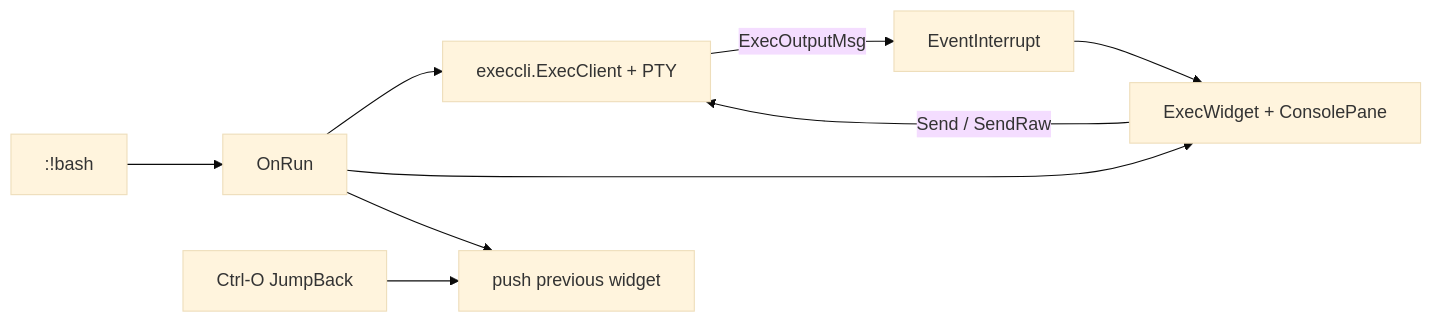
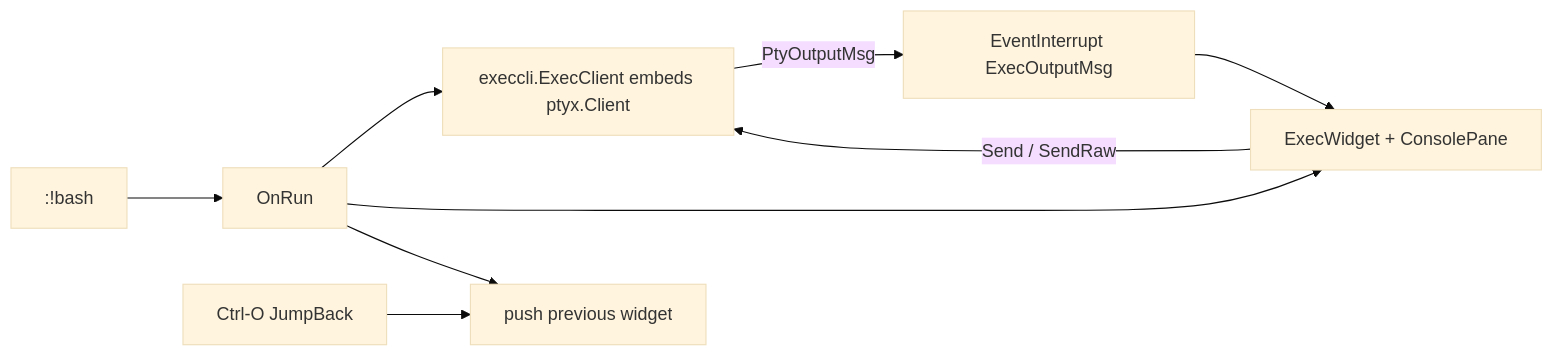
Before and after one commit to yairgd/gdbforge: the diagram in docs/EXEC_SHELL.md, drawn with Mermaid (base theme). The commit also changed other lines of this file and 35 other files, not shown here.

````diff
--- a/docs/EXEC_SHELL.md
+++ b/docs/EXEC_SHELL.md
@@ -26,11 +26,11 @@
 ```mermaid
 flowchart LR
   Cmd[":!bash"] --> OnRun
-  OnRun --> Client["execcli.ExecClient + PTY"]
+  OnRun --> Client["execcli.ExecClient embeds ptyx.Client"]
   OnRun --> Widget["ExecWidget + ConsolePane"]
-  Client -->|ExecOutputMsg| Bridge["EventInterrupt"]
+  Client -->|PtyOutputMsg| Bridge["EventInterrupt ExecOutputMsg"]
   Bridge --> Widget
   Widget -->|Send / SendRaw| Client
   OnRun --> Jump["push previous widget"]
   JumpBack["Ctrl-O JumpBack"] --> Jump
 ```
````
